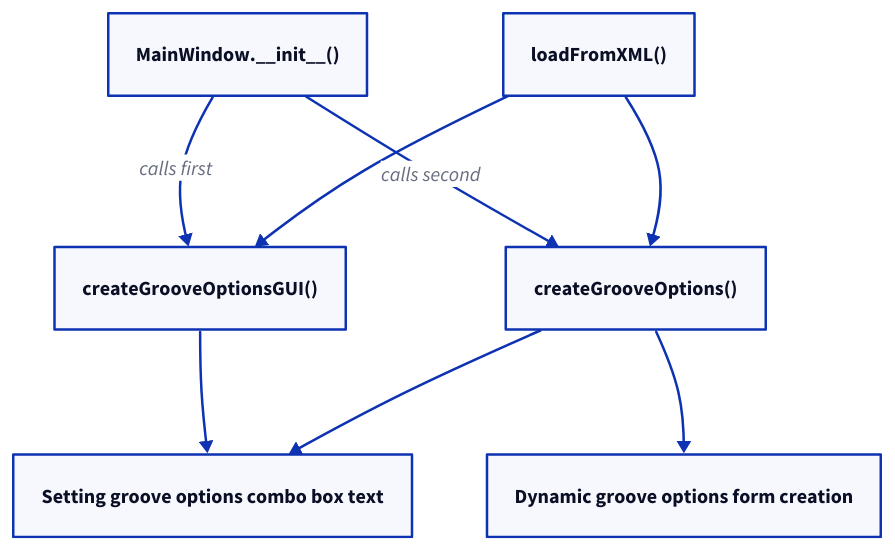
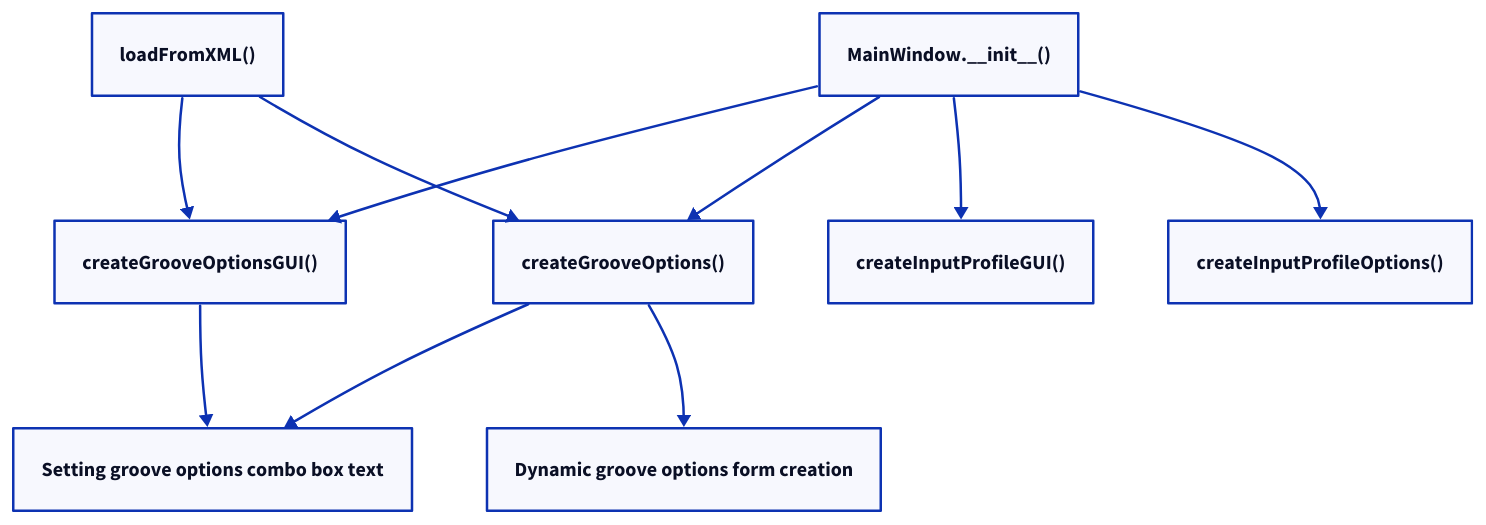
One commit to pyroll-project/pyroll-gui changed the diagram in docs/grooveOptions.d2. Above: the diagram before and after it, drawn with D2. The commit also changed 1 other file, not shown here.

Commit message:
Update diagram

```diff
--- a/docs/grooveOptions.d2
+++ b/docs/grooveOptions.d2
@@ -1,15 +1,19 @@
 mainwindow: MainWindow.__init__()
 createGrooveGUI: createGrooveOptionsGUI()
 createGrooveOptions: createGrooveOptions()
 setGrooveText: Setting groove options combo box text
 guiCreation: Dynamic groove options form creation
 loadFromXML: loadFromXML()
+createInputProfileGUI: createInputProfileGUI()
+createInputProfileOptions: createInputProfileOptions()
 
 
-mainwindow -> createGrooveGUI: calls first
-mainwindow -> createGrooveOptions: calls second
+mainwindow -> createGrooveGUI#: calls first
+mainwindow -> createGrooveOptions#: calls second
+mainwindow -> createInputProfileGUI
+mainwindow -> createInputProfileOptions
 createGrooveGUI -> setGrooveText
 createGrooveOptions -> setGrooveText
 createGrooveOptions -> guiCreation
 loadFromXML -> createGrooveGUI
 loadFromXML -> createGrooveOptions
```
